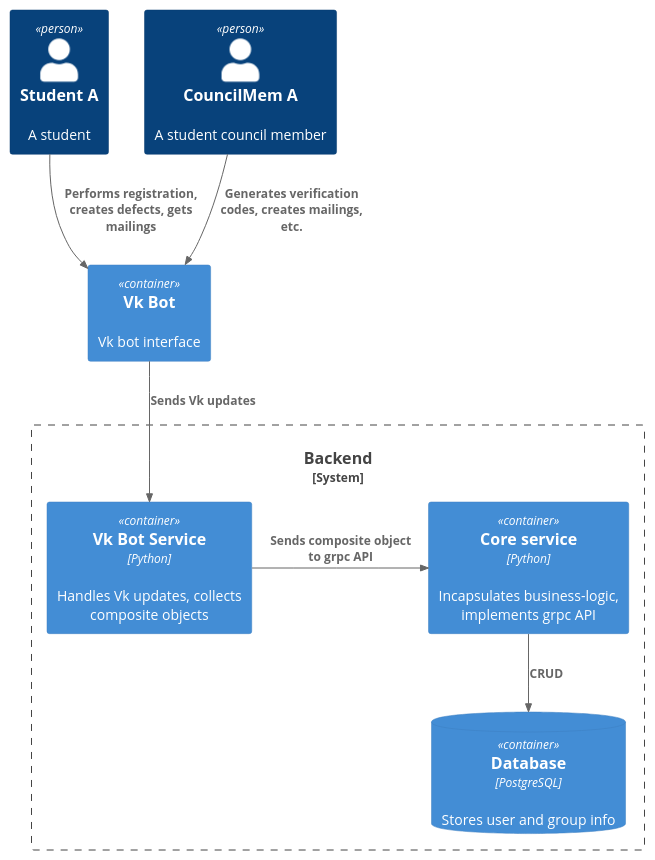
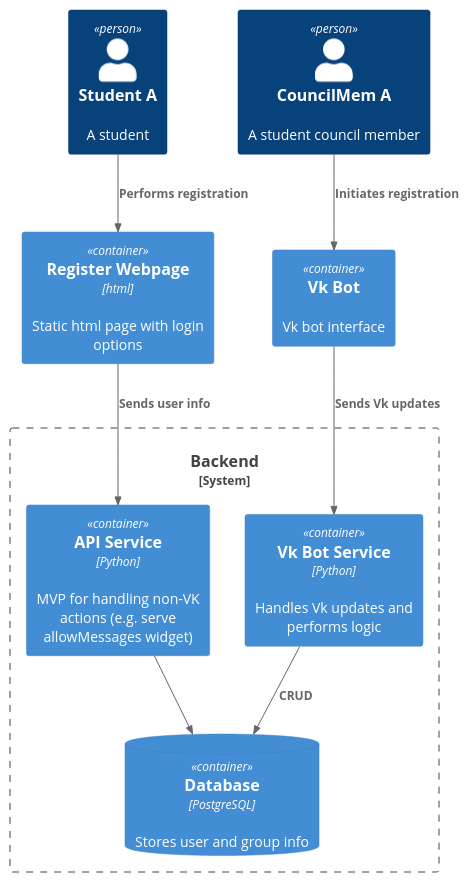
Before and after one commit to aaletov/dormyboba: the diagram in docs/hld/system.puml, drawn with PlantUML. The commit also changed 1 other file, not shown here.

```diff
--- a/docs/hld/system.puml
+++ b/docs/hld/system.puml
@@ -1,25 +1,27 @@
 @startuml System diagram for dormyboba project
 !include https://raw.githubusercontent.com/plantuml-stdlib/C4-PlantUML/master/C4_Context.puml
 !include https://raw.githubusercontent.com/plantuml-stdlib/C4-PlantUML/master/C4_Container.puml
 
 skinparam defaultFontName Open Sans
 
 Person(studentA, "Student A", "A student")
 Person(councilMemA, "CouncilMem A", "A student council member")
 
+Container(registerPage, "Register Webpage", "html", "Static html page with login options")
 Container(vkBot, "Vk Bot", "", "Vk bot interface")
 
 System_Boundary(backend, "Backend") {
-  Container(vkBotService, "Vk Bot Service", "Python", "Handles Vk updates, collects composite objects")
-  Container(dormybobaCore, "Core service", "Python", "Incapsulates business-logic, implements grpc API")
+  Container(apiService, "API Service", "Python", "MVP for handling non-VK actions (e.g. serve allowMessages widget)")
+  Container(vkBotService, "Vk Bot Service", "Python", "Handles Vk updates and performs logic")
   ContainerDb(db, "Database", "PostgreSQL", "Stores user and group info")
 }
 
-Rel_D(studentA, vkBot, "Performs registration, creates defects, gets mailings")
-Rel_D(councilMemA, vkBot, "Generates verification codes, creates mailings, etc.")
+Rel_D(studentA, registerPage, "Performs registration")
+Rel_D(councilMemA, vkBot, "Initiates registration")
 
-Rel_R(vkBotService, dormybobaCore, "Sends composite object to grpc API")
-Rel_D(dormybobaCore, db, "CRUD")
+Rel_D(apiService, db, "")
+Rel_D(registerPage, apiService, "Sends user info")
 Rel_D(vkBot, vkBotService, "Sends Vk updates")
 
+Rel_D(vkBotService, db, "CRUD")
 @enduml
```
